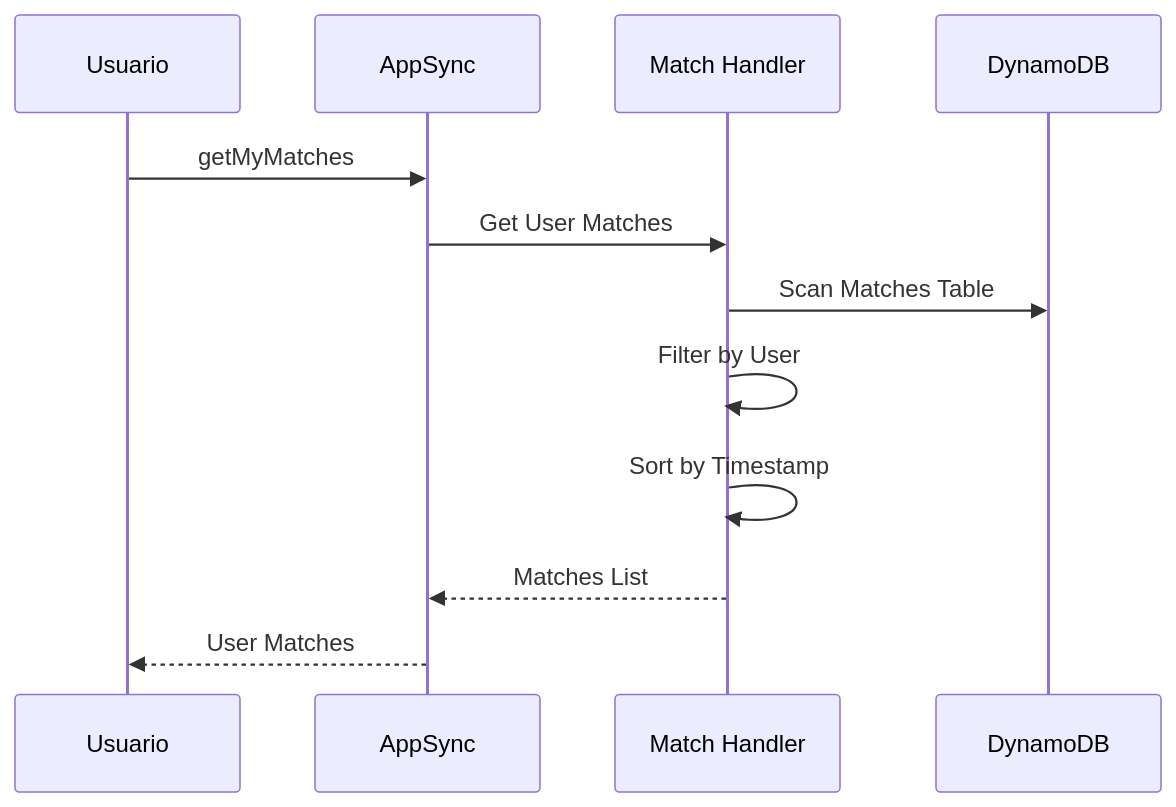
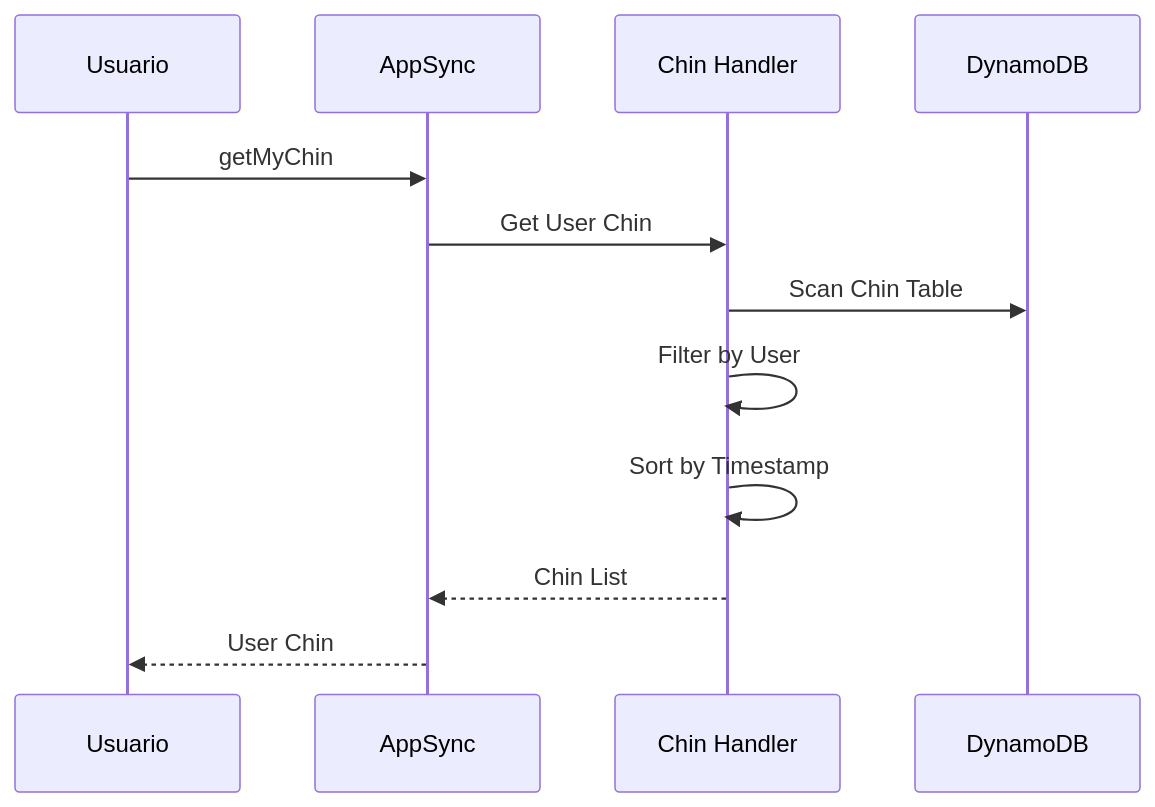
The fourth of 4 diagrams in docs/technical/04-lambda-functions.md (ibanezbetes/trinity-movie-voting), drawn with Mermaid before and after one commit. The commit also changed other lines of this file and 54 other files, not shown here.

````diff
--- a/docs/technical/04-lambda-functions.md
+++ b/docs/technical/04-lambda-functions.md
@@ -400,15 +400,15 @@
 ```mermaid
 sequenceDiagram
     participant U as Usuario
     participant A as AppSync
-    participant M as Match Handler
+    participant M as Chin Handler
     participant D as DynamoDB
 
-    U->>A: getMyMatches
-    A->>M: Get User Matches
-    M->>D: Scan Matches Table
+    U->>A: getMyChin
+    A->>M: Get User Chin
+    M->>D: Scan Chin Table
     M->>M: Filter by User
     M->>M: Sort by Timestamp
-    M-->>A: Matches List
-    A-->>U: User Matches
+    M-->>A: Chin List
+    A-->>U: User Chin
 ```
````
